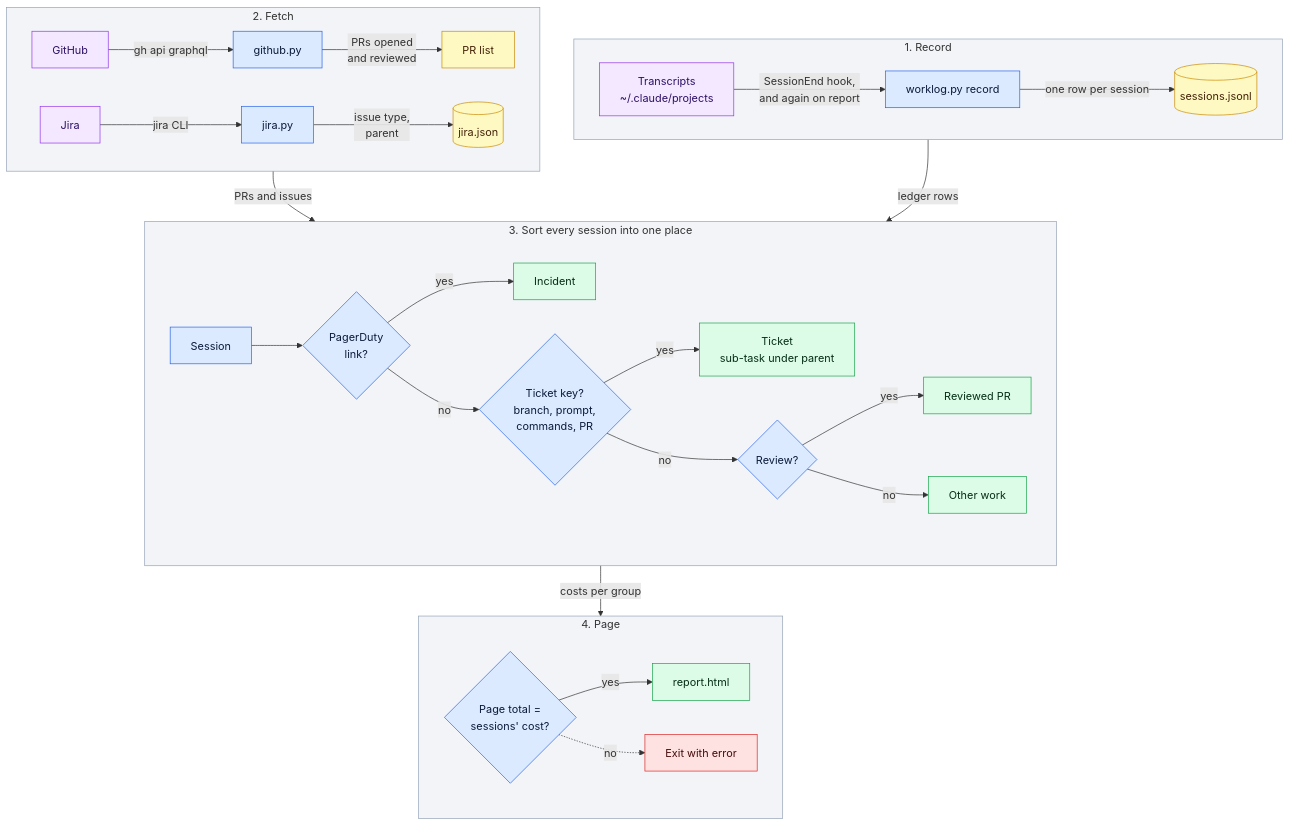
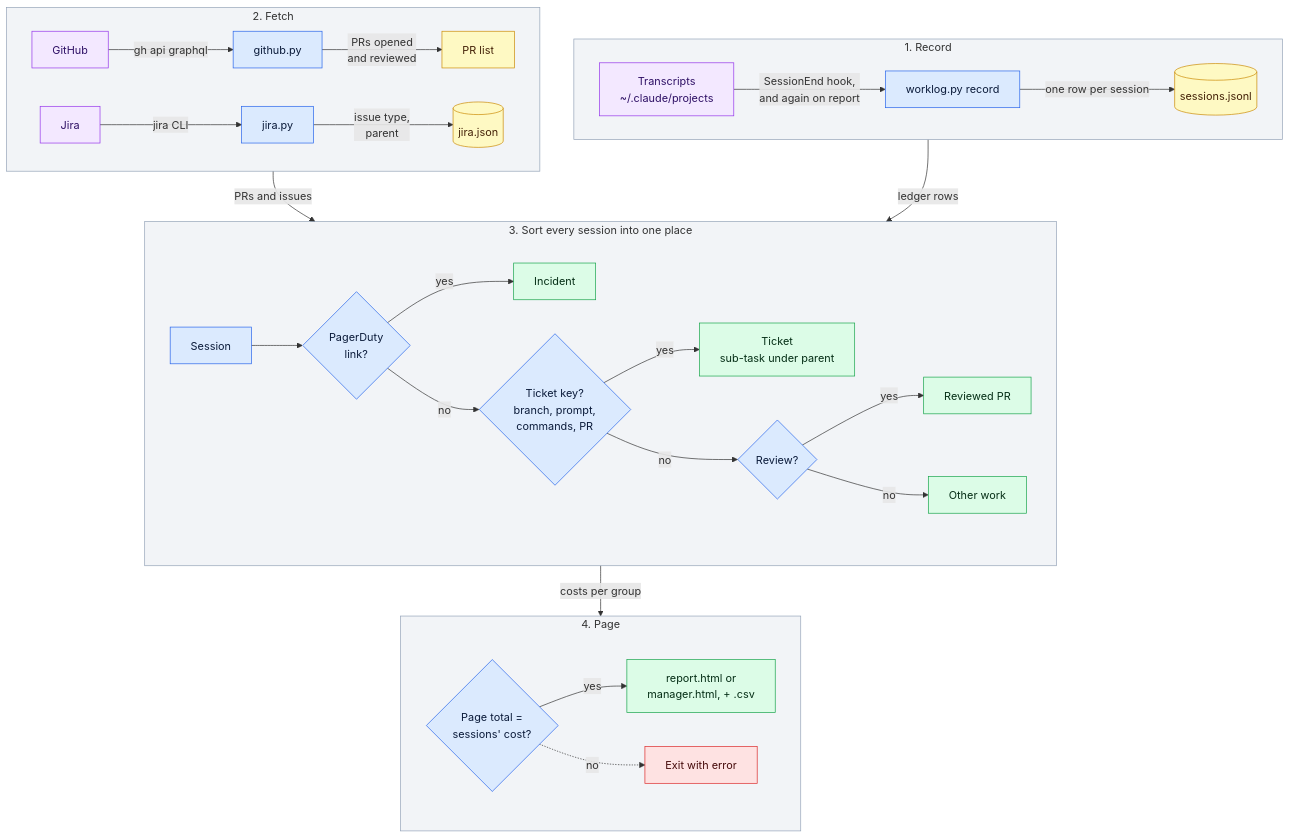
Before and after one commit to araltiparmak/claude-harness: the diagram in skills/worklog/flow.mmd, drawn with Mermaid. The commit also changed 5 other files, not shown here.

Commit message:
worklog: efficiency vs last month, tokens and cache hit rate per model, --manager page, CSV, PR titles per ticket, stable share link, tests in CI

```diff
--- a/skills/worklog/flow.mmd
+++ b/skills/worklog/flow.mmd
@@ -1,41 +1,41 @@
 %% How /worklog turns sessions, pull requests and Jira issues into one page. Render: diagrams/scripts/render.sh flow.mmd
 flowchart TB
   subgraph fetch [2. Fetch]
     direction LR
     gh[GitHub] -- gh api graphql --> ghp[github.py] -- PRs opened<br/>and reviewed --> prs[PR list]
     jc[Jira] -- jira CLI --> jp[jira.py] -- issue type,<br/>parent --> cache[(jira.json)]
   end
   subgraph rec [1. Record]
     direction LR
     tr[Transcripts<br/>~/.claude/projects] -- SessionEnd hook,<br/>and again on report --> rc[worklog.py record] -- one row per session --> led[(sessions.jsonl)]
   end
   subgraph sort [3. Sort every session into one place]
     direction LR
     s[Session] --> al{PagerDuty<br/>link?} -- yes --> inc[Incident]
     al -- no --> key{Ticket key?<br/>branch, prompt,<br/>commands, PR} -- yes --> tk[Ticket<br/>sub-task under parent]
     key -- no --> rv{Review?} -- yes --> rpr[Reviewed PR]
     rv -- no --> oth[Other work]
   end
   subgraph out [4. Page]
     direction LR
-    chk{Page total =<br/>sessions' cost?} -- yes --> page[report.html]
+    chk{Page total =<br/>sessions' cost?} -- yes --> page[report.html or<br/>manager.html, + .csv]
     chk -. no .-> stop[Exit with error]
   end
   fetch -- PRs and issues --> sort
   rec -- ledger rows --> sort
   sort -- costs per group --> out
 
   classDef step fill:#dbeafe,stroke:#2563eb,color:#0b1b3a
   classDef ext fill:#f3e8ff,stroke:#9333ea,color:#2e1065
   classDef data fill:#fef9c3,stroke:#ca8a04,color:#422006
   classDef fail fill:#fee2e2,stroke:#dc2626,color:#450a0a
   classDef done fill:#dcfce7,stroke:#16a34a,color:#052e16
   class rc,ghp,jp,s,al,key,rv,chk step
   class tr,gh,jc ext
   class led,prs,cache data
   class stop fail
   class inc,tk,rpr,oth,page done
   style rec fill:#94a3b81f,stroke:#94a3b8
   style fetch fill:#94a3b81f,stroke:#94a3b8
   style sort fill:#94a3b81f,stroke:#94a3b8
   style out fill:#94a3b81f,stroke:#94a3b8
```
